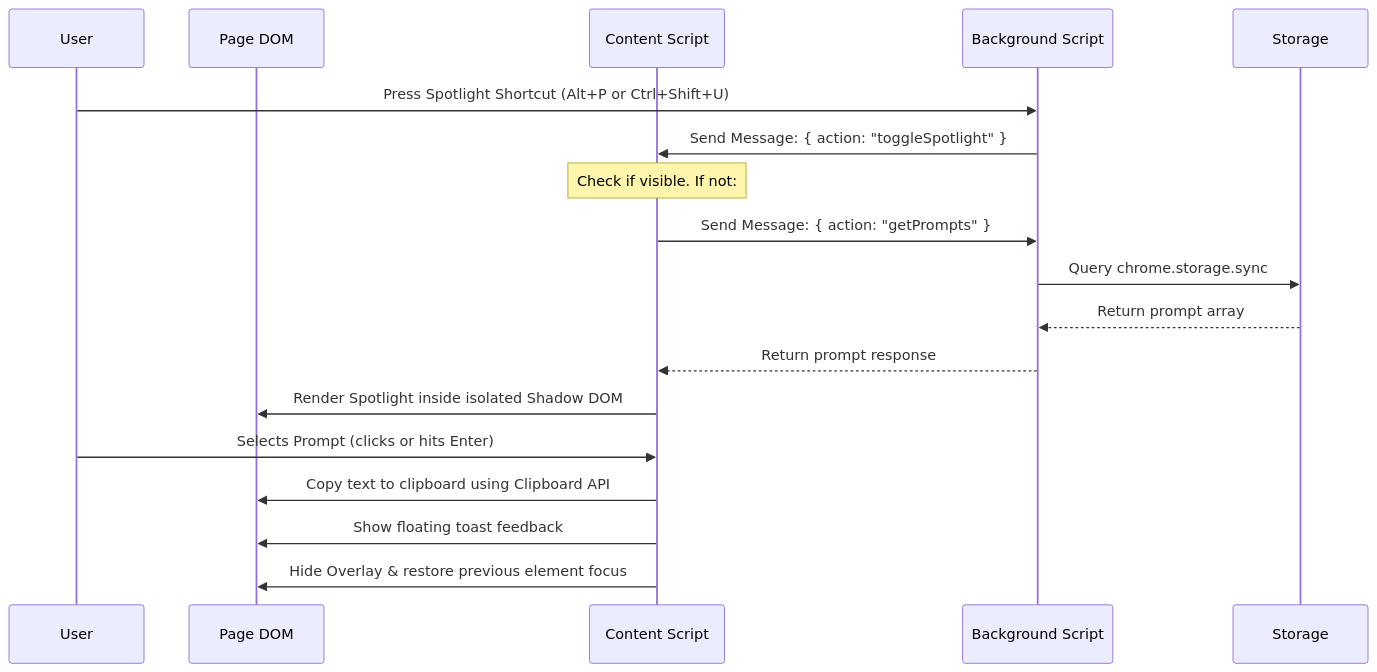
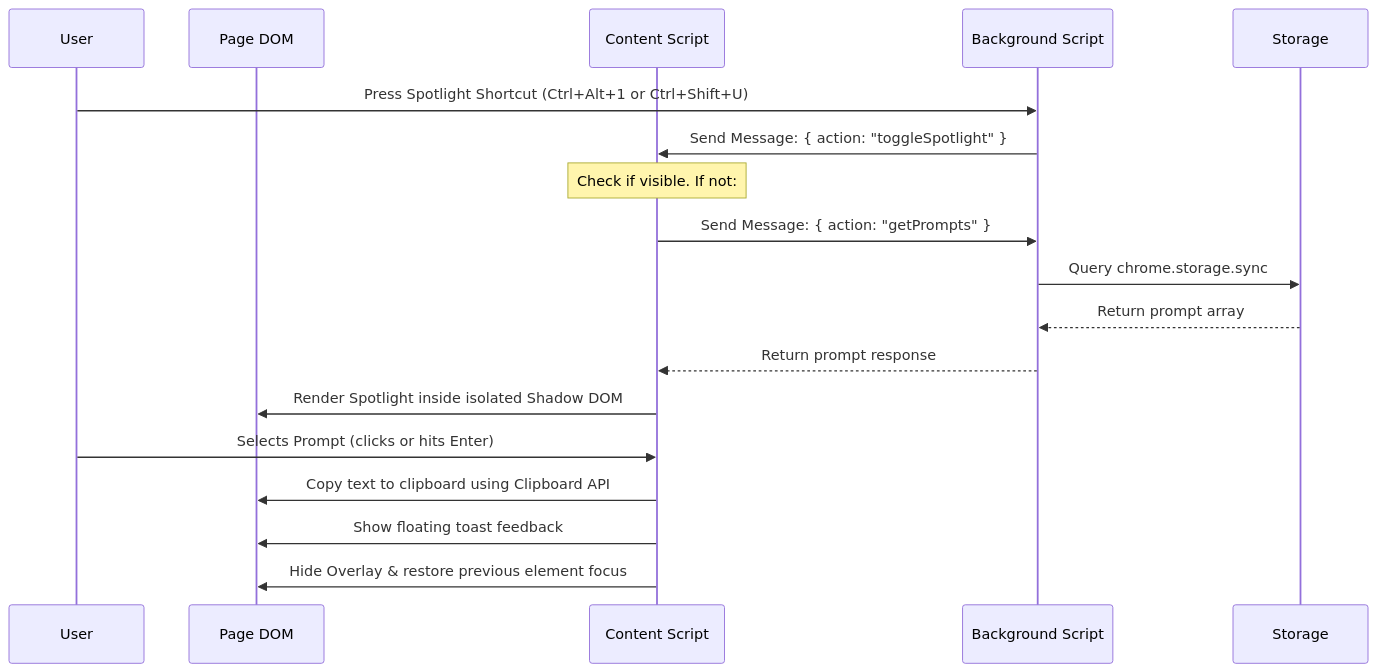
Before and after one commit to piotrowskiadam/souffleur: the diagram in ARCHITECTURE.md, drawn with Mermaid. The commit also changed 5 other files, not shown here.

````diff
--- a/ARCHITECTURE.md
+++ b/ARCHITECTURE.md
@@ -18,21 +18,21 @@
 ```mermaid
 sequenceDiagram
     participant User
     participant Page DOM
     participant Content Script
     participant Background Script
     participant Storage
     
-    User->>Background Script: Press Spotlight Shortcut (Alt+P or Ctrl+Shift+U)
+    User->>Background Script: Press Spotlight Shortcut (Ctrl+Alt+1 or Ctrl+Shift+U)
     Background Script->>Content Script: Send Message: { action: "toggleSpotlight" }
     Note over Content Script: Check if visible. If not:
     Content Script->>Background Script: Send Message: { action: "getPrompts" }
     Background Script->>Storage: Query chrome.storage.sync
     Storage-->>Background Script: Return prompt array
     Background Script-->>Content Script: Return prompt response
     Content Script->>Page DOM: Render Spotlight inside isolated Shadow DOM
     User->>Content Script: Selects Prompt (clicks or hits Enter)
     Content Script->>Page DOM: Copy text to clipboard using Clipboard API
     Content Script->>Page DOM: Show floating toast feedback
     Content Script->>Page DOM: Hide Overlay & restore previous element focus
 ```
````
